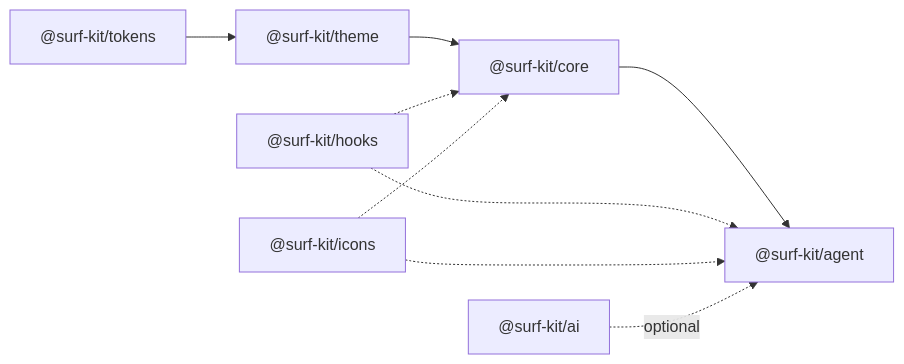
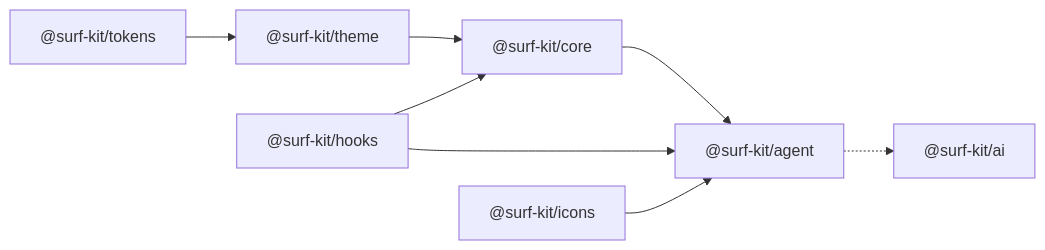
The diagram in README.md (barney-w/surf-kit), drawn with Mermaid before and after one commit. The commit also changed other lines of this file, not shown here.

Commit message:
docs: update README usage example and dependency graph

````diff
--- a/README.md
+++ b/README.md
@@ -138,19 +149,18 @@
 ```mermaid
 graph LR
   tokens["@surf-kit/tokens"]
   theme["@surf-kit/theme"]
   core["@surf-kit/core"]
   agent["@surf-kit/agent"]
   hooks["@surf-kit/hooks"]
   ai["@surf-kit/ai"]
   icons["@surf-kit/icons"]
 
   tokens --> theme
   theme --> core
   core --> agent
-  hooks -.-> core
-  hooks -.-> agent
-  icons -.-> core
-  icons -.-> agent
-  ai -.optional.-> agent
+  hooks --> core
+  hooks --> agent
+  icons --> agent
+  agent -.-> ai
 ```
````
